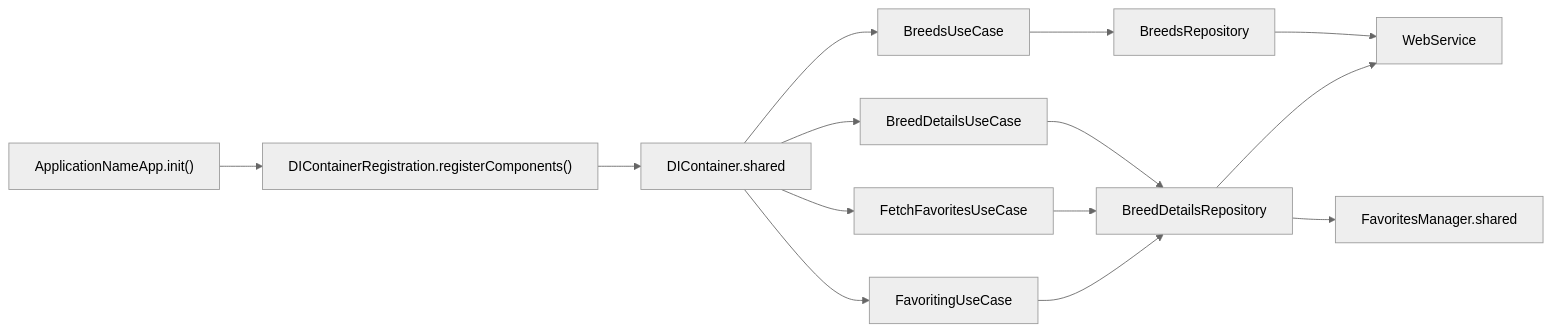
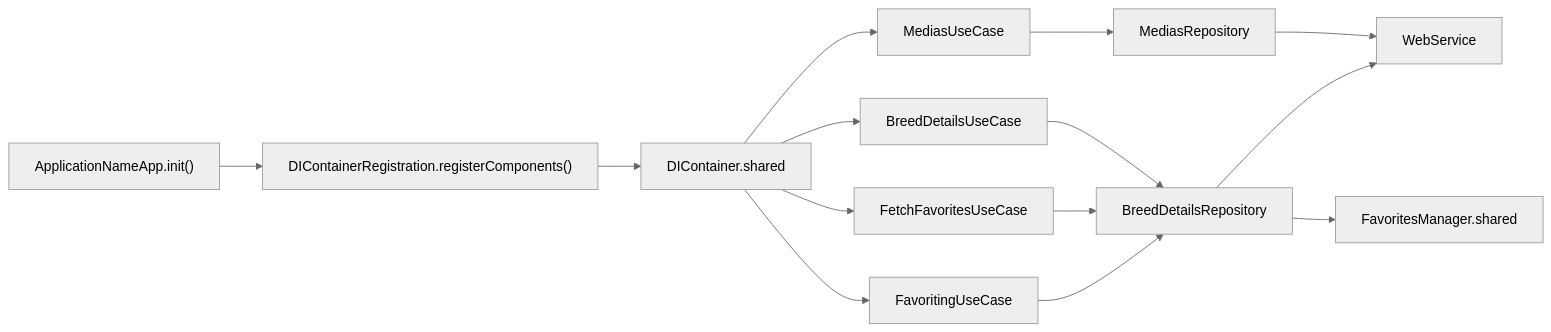
One commit to fuxlud/Movies changed the third of 10 diagrams in docs/architecture.md. Above: the diagram before and after it, drawn with Mermaid (neutral theme). The commit also changed other lines of this file and 40 other files, not shown here.

````diff
--- a/docs/architecture.md
+++ b/docs/architecture.md
@@ -82,19 +82,19 @@
 ```mermaid
 flowchart LR
   App["ApplicationNameApp.init()"] --> Register["DIContainerRegistration.registerComponents()"]
   Register --> DI["DIContainer.shared"]
 
-  DI --> UseBreeds["BreedsUseCase"]
+  DI --> UseMedias["MediasUseCase"]
   DI --> UseDetails["BreedDetailsUseCase"]
   DI --> UseFavorites["FetchFavoritesUseCase"]
   DI --> UseFavoriting["FavoritingUseCase"]
 
-  UseBreeds --> RepoBreeds["BreedsRepository"]
+  UseMedias --> RepoMedias["MediasRepository"]
   UseDetails --> RepoDetails["BreedDetailsRepository"]
   UseFavorites --> RepoDetails
   UseFavoriting --> RepoDetails
 
-  RepoBreeds --> Web["WebService"]
+  RepoMedias --> Web["WebService"]
   RepoDetails --> Web
   RepoDetails --> FavMgr["FavoritesManager.shared"]
 ```
````
